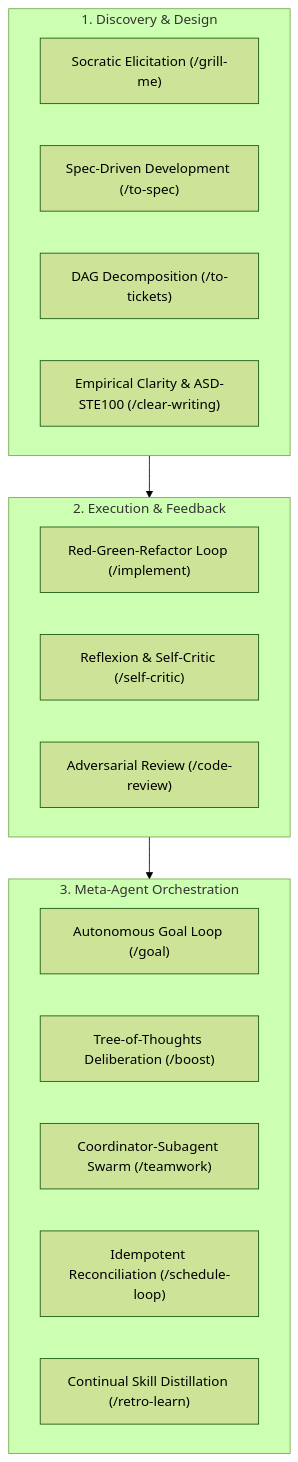
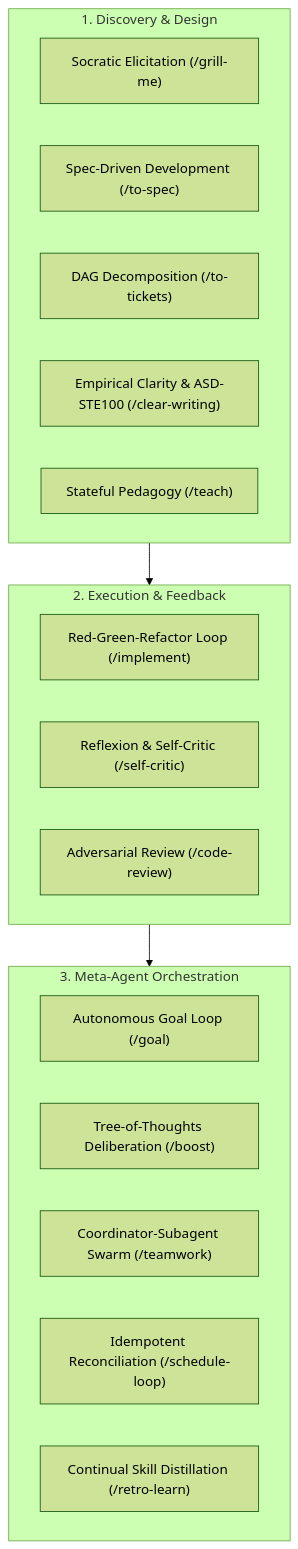
One commit to lidorshimoni/agentic-coding-design-patterns changed the diagram in docs/agentic_design_patterns.md. Above: the diagram before and after it, drawn with Mermaid (forest theme). The commit also changed other lines of this file and 23 other files, not shown here.

Commit message:
feat(skills): add /teach stateful pedagogical workspace skill from aihero.dev

````diff
--- a/docs/agentic_design_patterns.md
+++ b/docs/agentic_design_patterns.md
@@ -20,26 +20,27 @@
 ```mermaid
 flowchart TD
     subgraph Discovery["1. Discovery & Design"]
         Grill["Socratic Elicitation (/grill-me)"]
         Spec["Spec-Driven Development (/to-spec)"]
         Decomp["DAG Decomposition (/to-tickets)"]
         Writing["Empirical Clarity & ASD-STE100 (/clear-writing)"]
+        Teach["Stateful Pedagogy (/teach)"]
     end
 
     subgraph Execution["2. Execution & Feedback"]
         TDD["Red-Green-Refactor Loop (/implement)"]
         Reflect["Reflexion & Self-Critic (/self-critic)"]
         Review["Adversarial Review (/code-review)"]
     end
 
     subgraph Meta["3. Meta-Agent Orchestration"]
         Goal["Autonomous Goal Loop (/goal)"]
         Boost["Tree-of-Thoughts Deliberation (/boost)"]
         Team["Coordinator-Subagent Swarm (/teamwork)"]
         Reconcile["Idempotent Reconciliation (/schedule-loop)"]
         Memory["Continual Skill Distillation (/retro-learn)"]
     end
 
     Discovery --> Execution
     Execution --> Meta
 ```
````
